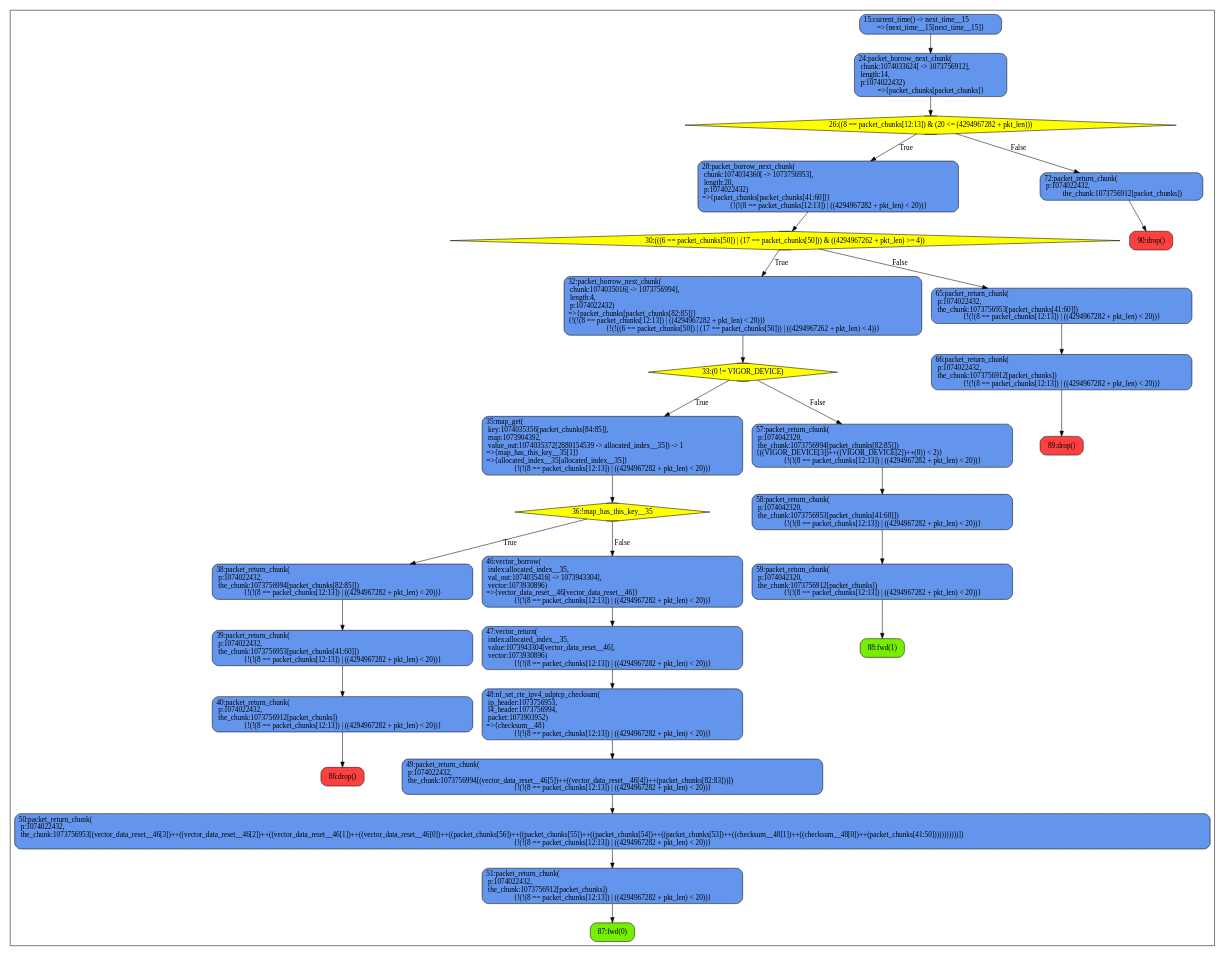
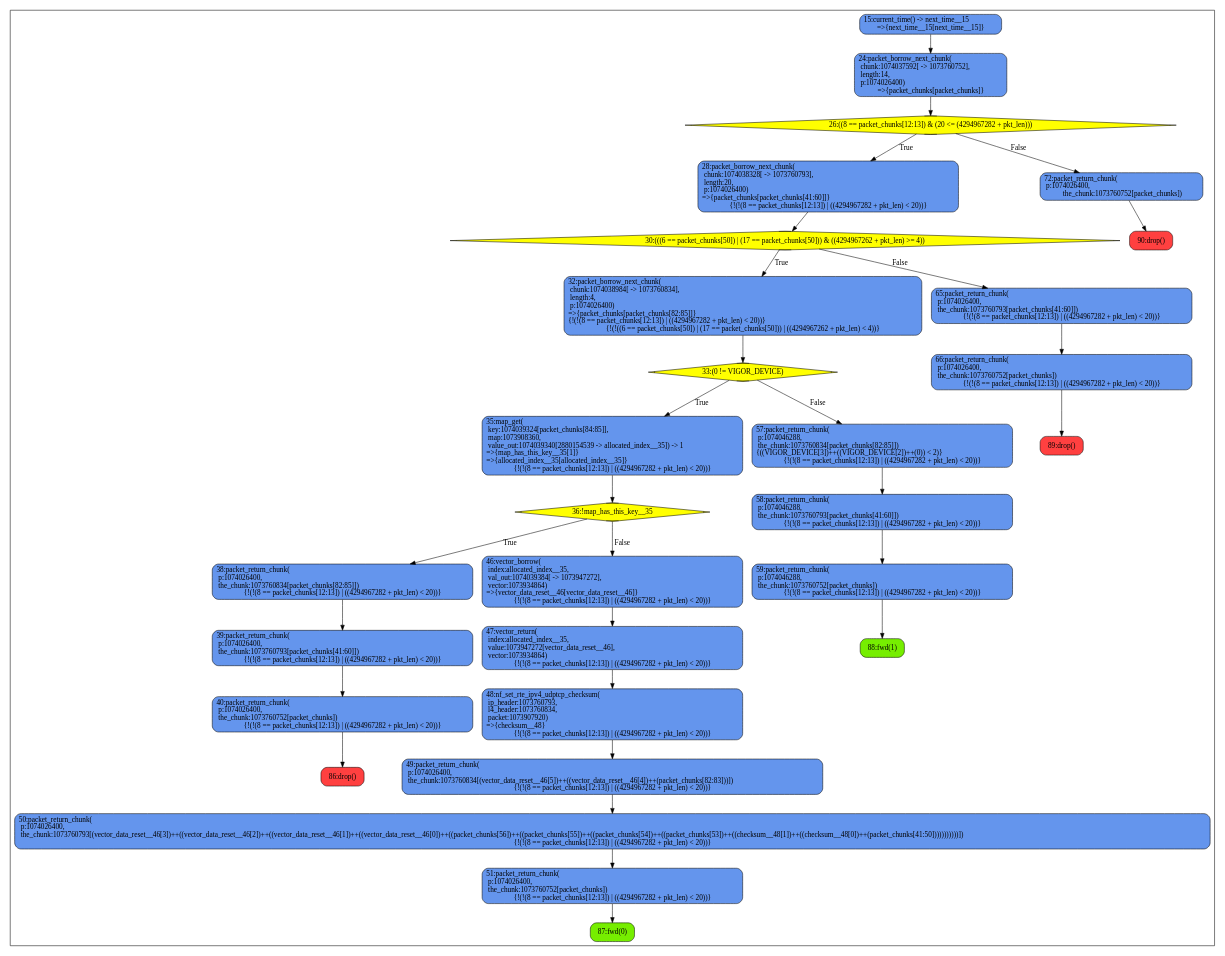
Before and after one commit to gui-baeta/synapse: the diagram in bdds/gallium-proxy.gv, drawn with Graphviz. The commit also changed 45 other files, not shown here.

```diff
--- a/bdds/gallium-proxy.gv
+++ b/bdds/gallium-proxy.gv
@@ -1,63 +1,63 @@
 digraph mygraph {
 	node [shape=box style=rounded border=0];
 	subgraph clusterprocess {
 		node [style="rounded,filled",color=black];
 		86 [label="86:drop()", fillcolor="brown1"];
-		40 [label="40:packet_return_chunk(\l  p:1074022432,\l  the_chunk:1073756912[packet_chunks])\l{!(!(8 == packet_chunks[12:13]) | ((4294967282 + pkt_len) < 20))}", fillcolor="cornflowerblue"];
+		40 [label="40:packet_return_chunk(\l  p:1074026400,\l  the_chunk:1073760752[packet_chunks])\l{!(!(8 == packet_chunks[12:13]) | ((4294967282 + pkt_len) < 20))}", fillcolor="cornflowerblue"];
 		40 -> 86;
-		39 [label="39:packet_return_chunk(\l  p:1074022432,\l  the_chunk:1073756953[packet_chunks[41:60]])\l{!(!(8 == packet_chunks[12:13]) | ((4294967282 + pkt_len) < 20))}", fillcolor="cornflowerblue"];
+		39 [label="39:packet_return_chunk(\l  p:1074026400,\l  the_chunk:1073760793[packet_chunks[41:60]])\l{!(!(8 == packet_chunks[12:13]) | ((4294967282 + pkt_len) < 20))}", fillcolor="cornflowerblue"];
 		39 -> 40;
-		38 [label="38:packet_return_chunk(\l  p:1074022432,\l  the_chunk:1073756994[packet_chunks[82:85]])\l{!(!(8 == packet_chunks[12:13]) | ((4294967282 + pkt_len) < 20))}", fillcolor="cornflowerblue"];
+		38 [label="38:packet_return_chunk(\l  p:1074026400,\l  the_chunk:1073760834[packet_chunks[82:85]])\l{!(!(8 == packet_chunks[12:13]) | ((4294967282 + pkt_len) < 20))}", fillcolor="cornflowerblue"];
 		38 -> 39;
 		87 [label="87:fwd(0)", fillcolor="chartreuse2"];
-		51 [label="51:packet_return_chunk(\l  p:1074022432,\l  the_chunk:1073756912[packet_chunks])\l{!(!(8 == packet_chunks[12:13]) | ((4294967282 + pkt_len) < 20))}", fillcolor="cornflowerblue"];
+		51 [label="51:packet_return_chunk(\l  p:1074026400,\l  the_chunk:1073760752[packet_chunks])\l{!(!(8 == packet_chunks[12:13]) | ((4294967282 + pkt_len) < 20))}", fillcolor="cornflowerblue"];
 		51 -> 87;
-		50 [label="50:packet_return_chunk(\l  p:1074022432,\l  the_chunk:1073756953[(vector_data_reset__46[3])++((vector_data_reset__46[2])++((vector_data_reset__46[1])++((vector_data_reset__46[0])++((packet_chunks[56])++((packet_chunks[55])++((packet_chunks[54])++((packet_chunks[53])++((checksum__48[1])++((checksum__48[0])++(packet_chunks[41:50]))))))))))])\l{!(!(8 == packet_chunks[12:13]) | ((4294967282 + pkt_len) < 20))}", fillcolor="cornflowerblue"];
+		50 [label="50:packet_return_chunk(\l  p:1074026400,\l  the_chunk:1073760793[(vector_data_reset__46[3])++((vector_data_reset__46[2])++((vector_data_reset__46[1])++((vector_data_reset__46[0])++((packet_chunks[56])++((packet_chunks[55])++((packet_chunks[54])++((packet_chunks[53])++((checksum__48[1])++((checksum__48[0])++(packet_chunks[41:50]))))))))))])\l{!(!(8 == packet_chunks[12:13]) | ((4294967282 + pkt_len) < 20))}", fillcolor="cornflowerblue"];
 		50 -> 51;
-		49 [label="49:packet_return_chunk(\l  p:1074022432,\l  the_chunk:1073756994[(vector_data_reset__46[5])++((vector_data_reset__46[4])++(packet_chunks[82:83]))])\l{!(!(8 == packet_chunks[12:13]) | ((4294967282 + pkt_len) < 20))}", fillcolor="cornflowerblue"];
+		49 [label="49:packet_return_chunk(\l  p:1074026400,\l  the_chunk:1073760834[(vector_data_reset__46[5])++((vector_data_reset__46[4])++(packet_chunks[82:83]))])\l{!(!(8 == packet_chunks[12:13]) | ((4294967282 + pkt_len) < 20))}", fillcolor="cornflowerblue"];
 		49 -> 50;
-		48 [label="48:nf_set_rte_ipv4_udptcp_checksum(\l  ip_header:1073756953,\l  l4_header:1073756994,\l  packet:1073903952)\l=>{checksum__48}\l{!(!(8 == packet_chunks[12:13]) | ((4294967282 + pkt_len) < 20))}", fillcolor="cornflowerblue"];
+		48 [label="48:nf_set_rte_ipv4_udptcp_checksum(\l  ip_header:1073760793,\l  l4_header:1073760834,\l  packet:1073907920)\l=>{checksum__48}\l{!(!(8 == packet_chunks[12:13]) | ((4294967282 + pkt_len) < 20))}", fillcolor="cornflowerblue"];
 		48 -> 49;
-		47 [label="47:vector_return(\l  index:allocated_index__35,\l  value:1073943304[vector_data_reset__46],\l  vector:1073930896)\l{!(!(8 == packet_chunks[12:13]) | ((4294967282 + pkt_len) < 20))}", fillcolor="cornflowerblue"];
+		47 [label="47:vector_return(\l  index:allocated_index__35,\l  value:1073947272[vector_data_reset__46],\l  vector:1073934864)\l{!(!(8 == packet_chunks[12:13]) | ((4294967282 + pkt_len) < 20))}", fillcolor="cornflowerblue"];
 		47 -> 48;
-		46 [label="46:vector_borrow(\l  index:allocated_index__35,\l  val_out:1074035416[ -> 1073943304],\l  vector:1073930896)\l=>{vector_data_reset__46[vector_data_reset__46]}\l{!(!(8 == packet_chunks[12:13]) | ((4294967282 + pkt_len) < 20))}", fillcolor="cornflowerblue"];
+		46 [label="46:vector_borrow(\l  index:allocated_index__35,\l  val_out:1074039384[ -> 1073947272],\l  vector:1073934864)\l=>{vector_data_reset__46[vector_data_reset__46]}\l{!(!(8 == packet_chunks[12:13]) | ((4294967282 + pkt_len) < 20))}", fillcolor="cornflowerblue"];
 		46 -> 47;
 		36 [shape=Mdiamond, label="36:!map_has_this_key__35", fillcolor="yellow"];
 		36 -> 38 [label="True"];
 		36 -> 46 [label="False"];
-		35 [label="35:map_get(\l  key:1074035356[packet_chunks[84:85]],\l  map:1073904392,\l  value_out:1074035372[2880154539 -> allocated_index__35]) -> 1\l=>{map_has_this_key__35[1]}\l=>{allocated_index__35[allocated_index__35]}\l{!(!(8 == packet_chunks[12:13]) | ((4294967282 + pkt_len) < 20))}", fillcolor="cornflowerblue"];
+		35 [label="35:map_get(\l  key:1074039324[packet_chunks[84:85]],\l  map:1073908360,\l  value_out:1074039340[2880154539 -> allocated_index__35]) -> 1\l=>{map_has_this_key__35[1]}\l=>{allocated_index__35[allocated_index__35]}\l{!(!(8 == packet_chunks[12:13]) | ((4294967282 + pkt_len) < 20))}", fillcolor="cornflowerblue"];
 		35 -> 36;
 		88 [label="88:fwd(1)", fillcolor="chartreuse2"];
-		59 [label="59:packet_return_chunk(\l  p:1074042320,\l  the_chunk:1073756912[packet_chunks])\l{!(!(8 == packet_chunks[12:13]) | ((4294967282 + pkt_len) < 20))}", fillcolor="cornflowerblue"];
+		59 [label="59:packet_return_chunk(\l  p:1074046288,\l  the_chunk:1073760752[packet_chunks])\l{!(!(8 == packet_chunks[12:13]) | ((4294967282 + pkt_len) < 20))}", fillcolor="cornflowerblue"];
 		59 -> 88;
-		58 [label="58:packet_return_chunk(\l  p:1074042320,\l  the_chunk:1073756953[packet_chunks[41:60]])\l{!(!(8 == packet_chunks[12:13]) | ((4294967282 + pkt_len) < 20))}", fillcolor="cornflowerblue"];
+		58 [label="58:packet_return_chunk(\l  p:1074046288,\l  the_chunk:1073760793[packet_chunks[41:60]])\l{!(!(8 == packet_chunks[12:13]) | ((4294967282 + pkt_len) < 20))}", fillcolor="cornflowerblue"];
 		58 -> 59;
-		57 [label="57:packet_return_chunk(\l  p:1074042320,\l  the_chunk:1073756994[packet_chunks[82:85]])\l{((VIGOR_DEVICE[3])++((VIGOR_DEVICE[2])++(0)) < 2)}\l{!(!(8 == packet_chunks[12:13]) | ((4294967282 + pkt_len) < 20))}", fillcolor="cornflowerblue"];
+		57 [label="57:packet_return_chunk(\l  p:1074046288,\l  the_chunk:1073760834[packet_chunks[82:85]])\l{((VIGOR_DEVICE[3])++((VIGOR_DEVICE[2])++(0)) < 2)}\l{!(!(8 == packet_chunks[12:13]) | ((4294967282 + pkt_len) < 20))}", fillcolor="cornflowerblue"];
 		57 -> 58;
 		33 [shape=Mdiamond, label="33:(0 != VIGOR_DEVICE)", fillcolor="yellow"];
 		33 -> 35 [label="True"];
 		33 -> 57 [label="False"];
-		32 [label="32:packet_borrow_next_chunk(\l  chunk:1074035016[ -> 1073756994],\l  length:4,\l  p:1074022432)\l=>{packet_chunks[packet_chunks[82:85]]}\l{!(!(8 == packet_chunks[12:13]) | ((4294967282 + pkt_len) < 20))}\l{!(!((6 == packet_chunks[50]) | (17 == packet_chunks[50])) | ((4294967262 + pkt_len) < 4))}", fillcolor="cornflowerblue"];
+		32 [label="32:packet_borrow_next_chunk(\l  chunk:1074038984[ -> 1073760834],\l  length:4,\l  p:1074026400)\l=>{packet_chunks[packet_chunks[82:85]]}\l{!(!(8 == packet_chunks[12:13]) | ((4294967282 + pkt_len) < 20))}\l{!(!((6 == packet_chunks[50]) | (17 == packet_chunks[50])) | ((4294967262 + pkt_len) < 4))}", fillcolor="cornflowerblue"];
 		32 -> 33;
 		89 [label="89:drop()", fillcolor="brown1"];
-		66 [label="66:packet_return_chunk(\l  p:1074022432,\l  the_chunk:1073756912[packet_chunks])\l{!(!(8 == packet_chunks[12:13]) | ((4294967282 + pkt_len) < 20))}", fillcolor="cornflowerblue"];
+		66 [label="66:packet_return_chunk(\l  p:1074026400,\l  the_chunk:1073760752[packet_chunks])\l{!(!(8 == packet_chunks[12:13]) | ((4294967282 + pkt_len) < 20))}", fillcolor="cornflowerblue"];
 		66 -> 89;
-		65 [label="65:packet_return_chunk(\l  p:1074022432,\l  the_chunk:1073756953[packet_chunks[41:60]])\l{!(!(8 == packet_chunks[12:13]) | ((4294967282 + pkt_len) < 20))}", fillcolor="cornflowerblue"];
+		65 [label="65:packet_return_chunk(\l  p:1074026400,\l  the_chunk:1073760793[packet_chunks[41:60]])\l{!(!(8 == packet_chunks[12:13]) | ((4294967282 + pkt_len) < 20))}", fillcolor="cornflowerblue"];
 		65 -> 66;
 		30 [shape=Mdiamond, label="30:(((6 == packet_chunks[50]) | (17 == packet_chunks[50])) & ((4294967262 + pkt_len) >= 4))", fillcolor="yellow"];
 		30 -> 32 [label="True"];
 		30 -> 65 [label="False"];
-		28 [label="28:packet_borrow_next_chunk(\l  chunk:1074034360[ -> 1073756953],\l  length:20,\l  p:1074022432)\l=>{packet_chunks[packet_chunks[41:60]]}\l{!(!(8 == packet_chunks[12:13]) | ((4294967282 + pkt_len) < 20))}", fillcolor="cornflowerblue"];
+		28 [label="28:packet_borrow_next_chunk(\l  chunk:1074038328[ -> 1073760793],\l  length:20,\l  p:1074026400)\l=>{packet_chunks[packet_chunks[41:60]]}\l{!(!(8 == packet_chunks[12:13]) | ((4294967282 + pkt_len) < 20))}", fillcolor="cornflowerblue"];
 		28 -> 30;
 		90 [label="90:drop()", fillcolor="brown1"];
-		72 [label="72:packet_return_chunk(\l  p:1074022432,\l  the_chunk:1073756912[packet_chunks])", fillcolor="cornflowerblue"];
+		72 [label="72:packet_return_chunk(\l  p:1074026400,\l  the_chunk:1073760752[packet_chunks])", fillcolor="cornflowerblue"];
 		72 -> 90;
 		26 [shape=Mdiamond, label="26:((8 == packet_chunks[12:13]) & (20 <= (4294967282 + pkt_len)))", fillcolor="yellow"];
 		26 -> 28 [label="True"];
 		26 -> 72 [label="False"];
-		24 [label="24:packet_borrow_next_chunk(\l  chunk:1074033624[ -> 1073756912],\l  length:14,\l  p:1074022432)\l=>{packet_chunks[packet_chunks]}", fillcolor="cornflowerblue"];
+		24 [label="24:packet_borrow_next_chunk(\l  chunk:1074037592[ -> 1073760752],\l  length:14,\l  p:1074026400)\l=>{packet_chunks[packet_chunks]}", fillcolor="cornflowerblue"];
 		24 -> 26;
 		15 [label="15:current_time() -> next_time__15\l=>{next_time__15[next_time__15]}", fillcolor="cornflowerblue"];
 		15 -> 24;
 	}
 }
```
